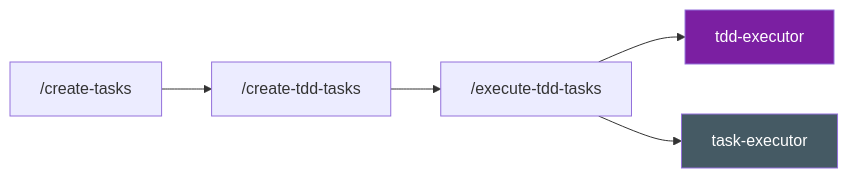
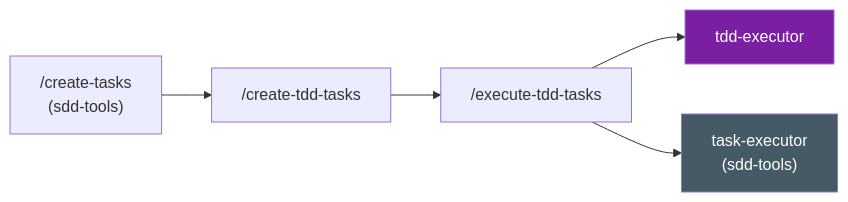
Before and after one commit to sequenzia/agent-alchemy: the fifth of 5 diagrams in docs/plugins/tdd-tools.md, drawn with Mermaid. The commit also changed other lines of this file and 17 other files, not shown here.

````diff
--- a/docs/plugins/tdd-tools.md
+++ b/docs/plugins/tdd-tools.md
@@ -488,10 +490,10 @@
 ```mermaid
 flowchart LR
-    A["/create-tasks"] --> B["/create-tdd-tasks"]
+    A["/create-tasks<br/>(sdd-tools)"] --> B["/create-tdd-tasks"]
     B --> C["/execute-tdd-tasks"]
     C --> D["tdd-executor"]
-    C --> E["task-executor"]
+    C --> E["task-executor<br/>(sdd-tools)"]
 
     style D fill:#7b1fa2,color:#fff
     style E fill:#455a64,color:#fff
 ```
````
